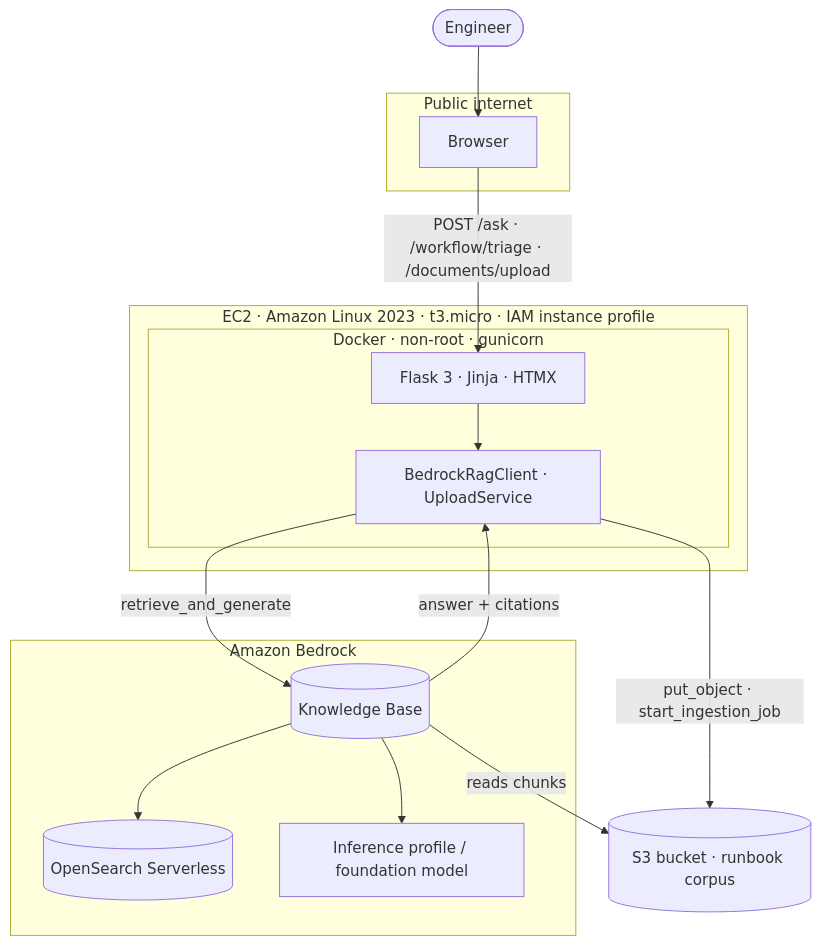
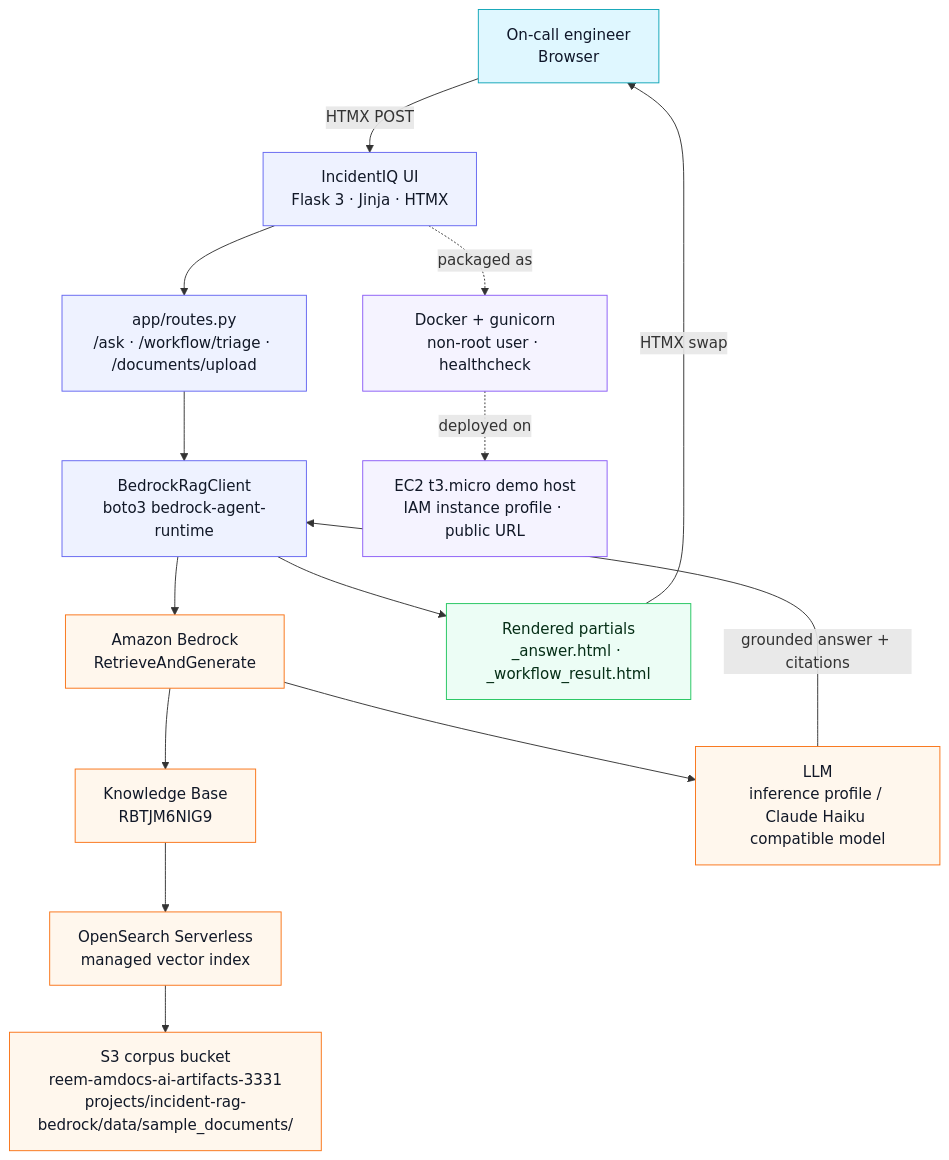
The diagram in projects/incident-rag-bedrock/README.md (reem-mor/ai-engineering-portfolio), drawn with Mermaid before and after one commit. The commit also changed other lines of this file and 1 other file, not shown here.

First line of the commit message:
Update README with example questions and answers for incident triage

````diff
--- a/projects/incident-rag-bedrock/README.md
+++ b/projects/incident-rag-bedrock/README.md
@@ -93,33 +35,41 @@
 ```mermaid
-flowchart TB
-    user(["Engineer"])
+flowchart TD
+    user["On-call engineer<br/>Browser"]
+    ui["IncidentIQ UI<br/>Flask 3 · Jinja · HTMX"]
+    routes["app/routes.py<br/>/ask · /workflow/triage · /documents/upload"]
+    rag["BedrockRagClient<br/>boto3 bedrock-agent-runtime"]
+    bedrock["Amazon Bedrock<br/>RetrieveAndGenerate"]
+    kb["Knowledge Base<br/>RBTJM6NIG9"]
+    vector["OpenSearch Serverless<br/>managed vector index"]
+    s3["S3 corpus bucket<br/>reem-amdocs-ai-artifacts-3331<br/>projects/incident-rag-bedrock/data/sample_documents/"]
+    model["LLM<br/>inference profile / Claude Haiku compatible model"]
+    partials["Rendered partials<br/>_answer.html · _workflow_result.html"]
+    docker["Docker + gunicorn<br/>non-root user · healthcheck"]
+    ec2["EC2 t3.micro demo host<br/>IAM instance profile · public URL"]
 
-    subgraph EDGE["Public internet"]
-        browser["Browser"]
-    end
+    user -->|"HTMX POST"| ui
+    ui --> routes
+    routes --> rag
+    rag --> bedrock
+    bedrock --> kb
+    kb --> vector
+    vector --> s3
+    bedrock --> model
+    model -->|"grounded answer + citations"| rag
+    rag --> partials
+    partials -->|"HTMX swap"| user
+    ui -. packaged as .-> docker
+    docker -. deployed on .-> ec2
 
-    subgraph EC2["EC2 · Amazon Linux 2023 · t3.micro · IAM instance profile"]
-        subgraph DOCKER["Docker · non-root · gunicorn"]
-            flask["Flask 3 · Jinja · HTMX"]
-            client["BedrockRagClient · UploadService"]
-            flask --> client
-        end
-    end
+    classDef browser fill:#dff7ff,stroke:#0ea5b7,color:#0f172a
+    classDef app fill:#eef2ff,stroke:#6366f1,color:#111827
+    classDef aws fill:#fff7ed,stroke:#f97316,color:#111827
+    classDef answer fill:#ecfdf5,stroke:#22c55e,color:#052e16
+    classDef deploy fill:#f5f3ff,stroke:#8b5cf6,color:#111827
 
-    subgraph BEDROCK["Amazon Bedrock"]
-        kb[("Knowledge Base")]
-        oss[("OpenSearch Serverless")]
-        llm["Inference profile / foundation model"]
-        kb --> oss
-        kb --> llm
-    end
-
-    s3[("S3 bucket · runbook corpus")]
-
-    user --> browser
-    browser -->|"POST /ask · /workflow/triage · /documents/upload"| flask
-    client -->|"retrieve_and_generate"| kb
-    client -->|"put_object · start_ingestion_job"| s3
-    kb -->|"reads chunks"| s3
-    kb -->|"answer + citations"| client
+    class user browser
+    class ui,routes,rag app
+    class bedrock,kb,vector,s3,model aws
+    class partials answer
+    class docker,ec2 deploy
 ```
````
